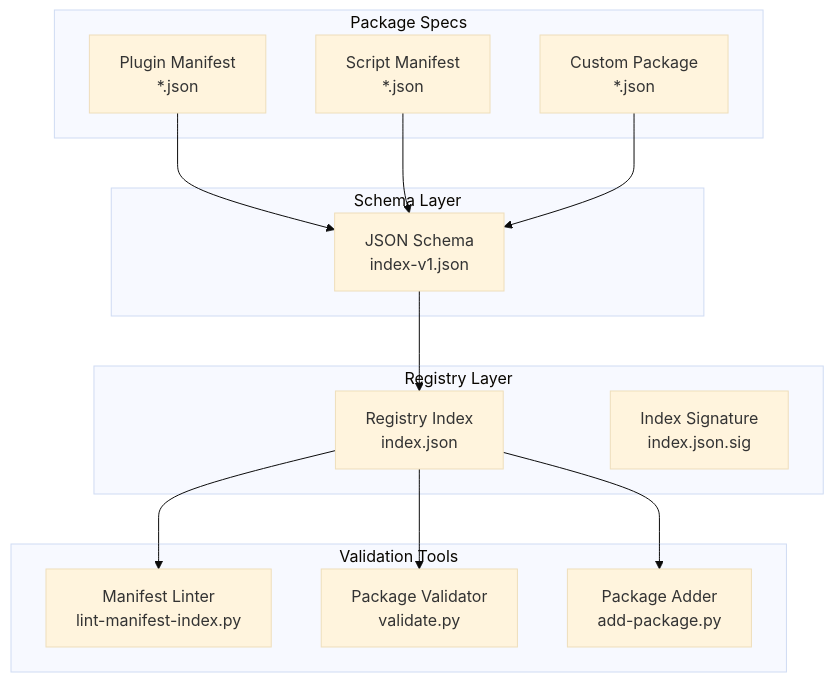
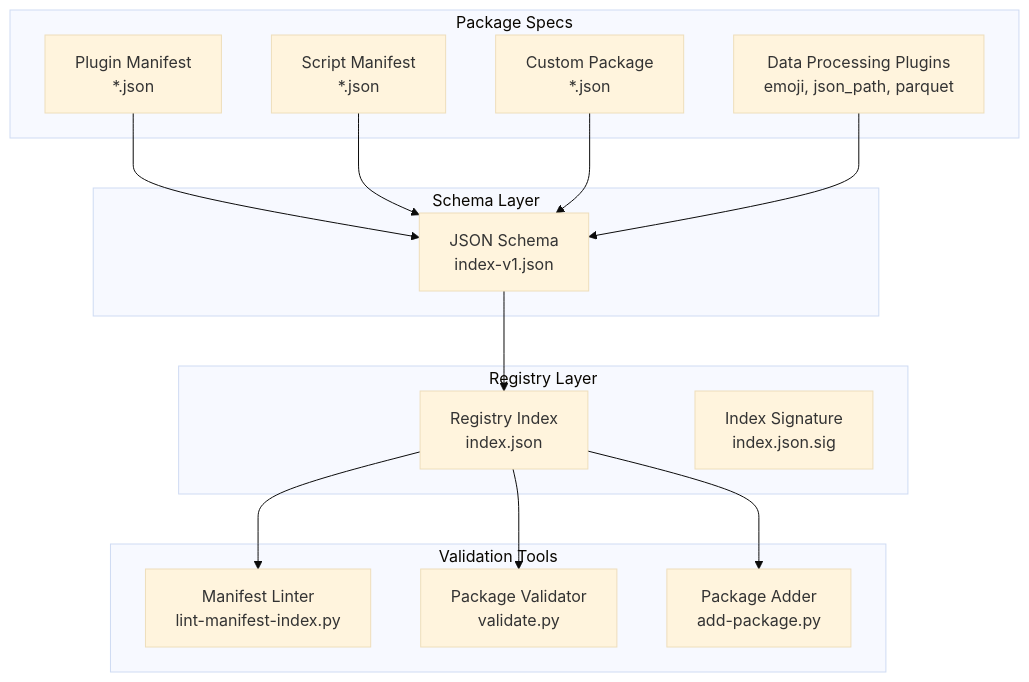
Before and after one commit to tonythethompson/numan-registry: the first of 4 diagrams in .qoder/repowiki/en/content/Package Development Guide/Manifest Format Specification.md, drawn with Mermaid (base theme). The commit also changed other lines of this file and 14 other files, not shown here.

````diff
--- a/.qoder/repowiki/en/content/Package Development Guide/Manifest Format Specification.md
+++ b/.qoder/repowiki/en/content/Package Development Guide/Manifest Format Specification.md
@@ -36,27 +47,29 @@
 ```mermaid
 graph TB
 subgraph "Schema Layer"
 Schema["JSON Schema<br/>index-v1.json"]
 end
 subgraph "Registry Layer"
 Index["Registry Index<br/>index.json"]
 Signature["Index Signature<br/>index.json.sig"]
 end
 subgraph "Package Specs"
 PluginSpec["Plugin Manifest<br/>*.json"]
 ScriptSpec["Script Manifest<br/>*.json"]
 CustomSpec["Custom Package<br/>*.json"]
+DataPlugins["Data Processing Plugins<br/>emoji, json_path, parquet"]
 end
 subgraph "Validation Tools"
 Linter["Manifest Linter<br/>lint-manifest-index.py"]
 Validator["Package Validator<br/>validate.py"]
 Adder["Package Adder<br/>add-package.py"]
 end
 Schema --> Index
 PluginSpec --> Schema
 ScriptSpec --> Schema
 CustomSpec --> Schema
+DataPlugins --> Schema
 Index --> Linter
 Index --> Validator
 Index --> Adder
 ```
````
